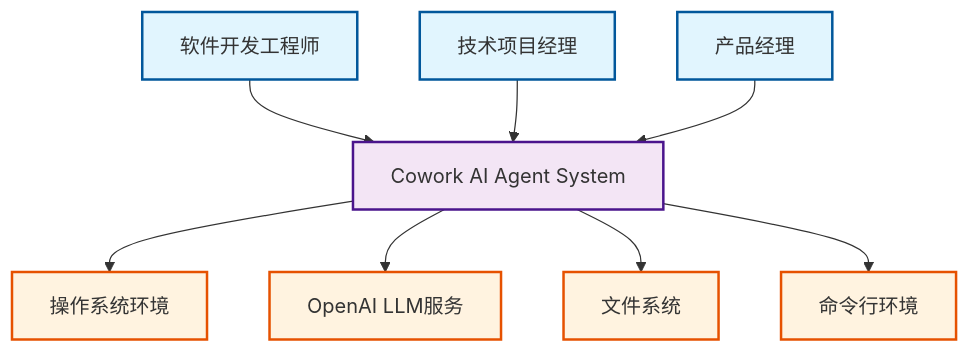
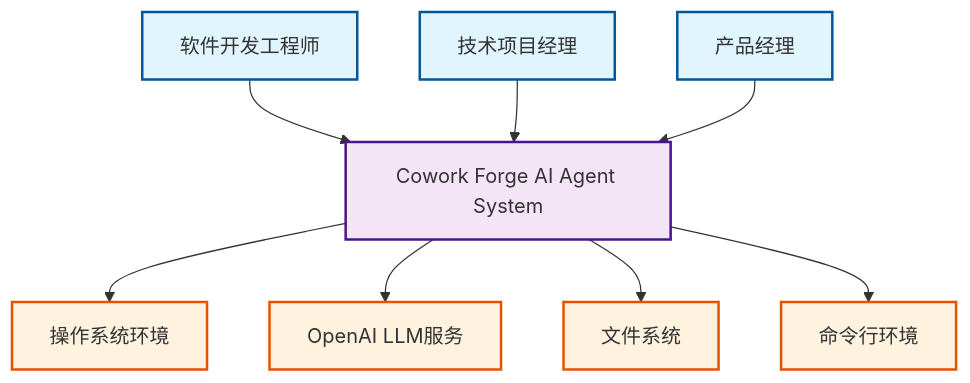
Before and after one commit to sopaco/cowork-forge: the diagram in litho.docs/1、项目概述.md, drawn with Mermaid. The commit also changed other lines of this file and 22 other files, not shown here.

Commit message:
update the identifier to cowork-forge

````diff
--- a/litho.docs/1、项目概述.md
+++ b/litho.docs/1、项目概述.md
@@ -201,24 +201,24 @@
 ```mermaid
 graph TB
     %% 用户角色
-    UE[软件开发工程师] --> CS[Cowork AI Agent System]
+    UE[软件开发工程师] --> CS[Cowork Forge AI Agent System]
     PM[技术项目经理] --> CS
     PDM[产品经理] --> CS
     
     %% 核心系统
     CS --> OS[操作系统环境]
     
     %% 外部系统
     CS --> LLM[OpenAI LLM服务]
     CS --> FS[文件系统]
     CS --> CLI[命令行环境]
     
     %% 样式定义
     classDef user fill:#e1f5fe,stroke:#01579b,stroke-width:2px
     classDef system fill:#f3e5f5,stroke:#4a148c,stroke-width:2px
     classDef external fill:#fff3e0,stroke:#e65100,stroke-width:2px
     
     class UE,PM,PDM user
     class CS system
     class LLM,FS,CLI,OS external
 ```
````
